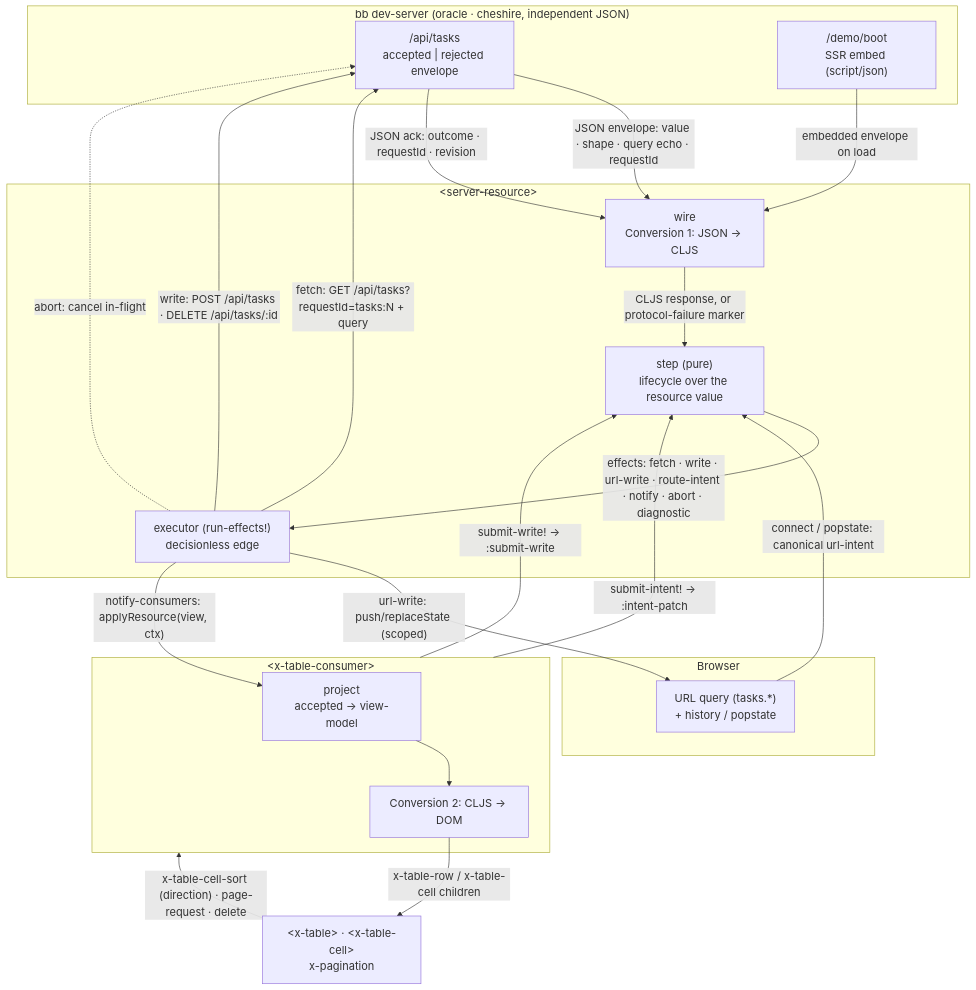
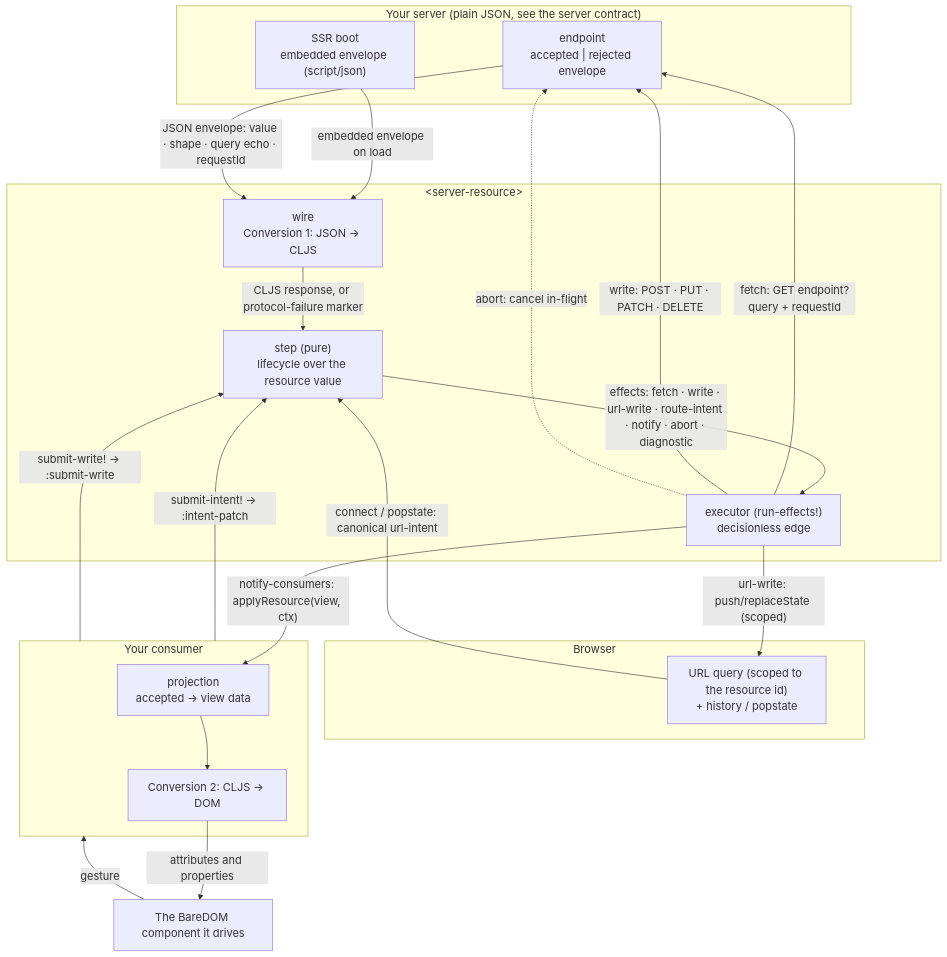
The first of 3 diagrams in barebuild/docs/architecture-diagram.md (avanelsas/baredom), drawn with Mermaid before and after one commit. The commit also changed other lines of this file and 6 other files, not shown here.

````diff
--- a/barebuild/docs/architecture-diagram.md
+++ b/barebuild/docs/architecture-diagram.md
@@ -14,42 +13,41 @@
 ```mermaid
 %%{init: {'themeVariables': {'fontSize': '18px'}}}%%
 flowchart TB
-  subgraph SERVER["bb dev-server (oracle · cheshire, independent JSON)"]
-    API["/api/tasks<br/>accepted | rejected envelope"]
-    BOOT["/demo/boot<br/>SSR embed (script/json)"]
+  subgraph SERVER["Your server (plain JSON, see the server contract)"]
+    API["endpoint<br/>accepted | rejected envelope"]
+    BOOT["SSR boot<br/>embedded envelope (script/json)"]
   end
 
   subgraph BROWSER["Browser"]
-    URL["URL query (tasks.*)<br/>+ history / popstate"]
+    URL["URL query (scoped to the resource id)<br/>+ history / popstate"]
   end
 
   subgraph SR["&lt;server-resource&gt;"]
     WIRE["wire<br/>Conversion 1: JSON → CLJS"]
     STEP["step (pure)<br/>lifecycle over the resource value"]
     EXEC["executor (run-effects!)<br/>decisionless edge"]
   end
 
-  subgraph CONS["&lt;x-table-consumer&gt;"]
-    PROJ["project<br/>accepted → view-model"]
+  subgraph CONS["Your consumer"]
+    PROJ["projection<br/>accepted → view data"]
     C2["Conversion 2: CLJS → DOM"]
   end
 
-  TABLE["&lt;x-table&gt; · &lt;x-table-cell&gt;<br/>x-pagination"]
+  COMP["The BareDOM component it drives"]
 
   URL -->|"connect / popstate: canonical url-intent"| STEP
   BOOT -->|"embedded envelope on load"| WIRE
-  EXEC -->|"fetch: GET /api/tasks?requestId=tasks:N + query"| API
-  EXEC -->|"write: POST /api/tasks · DELETE /api/tasks/:id"| API
+  EXEC -->|"fetch: GET endpoint?query + requestId"| API
+  EXEC -->|"write: POST · PUT · PATCH · DELETE"| API
   EXEC -.->|"abort: cancel in-flight"| API
   API -->|"JSON envelope: value · shape · query echo · requestId"| WIRE
-  API -->|"JSON ack: outcome · requestId · revision"| WIRE
   WIRE -->|"CLJS response, or protocol-failure marker"| STEP
   STEP -->|"effects: fetch · write · url-write · route-intent · notify · abort · diagnostic"| EXEC
   EXEC -->|"url-write: push/replaceState (scoped)"| URL
   EXEC -->|"notify-consumers: applyResource(view, ctx)"| PROJ
   PROJ --> C2
-  C2 -->|"x-table-row / x-table-cell children"| TABLE
-  TABLE -->|"x-table-cell-sort (direction) · page-request · delete"| CONS
+  C2 -->|"attributes and properties"| COMP
+  COMP -->|"gesture"| CONS
   CONS -->|"submit-intent! → :intent-patch"| STEP
   CONS -->|"submit-write! → :submit-write"| STEP
 ```
````
